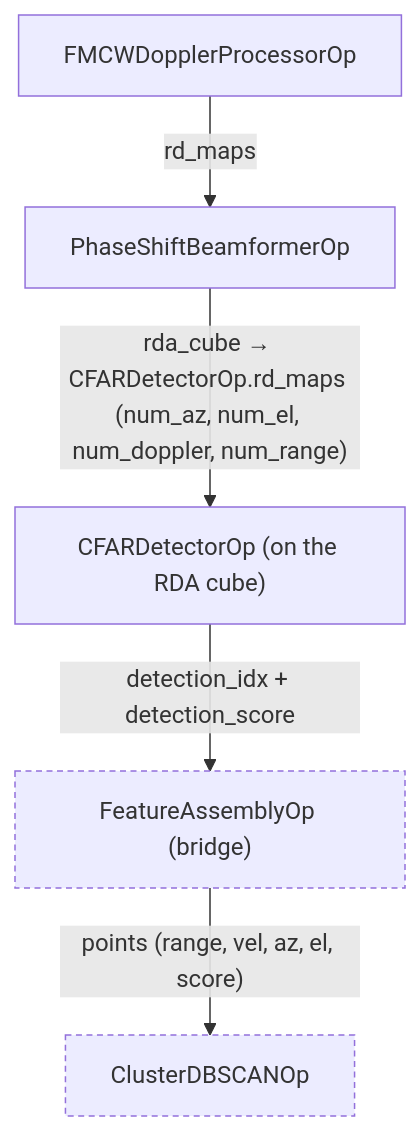
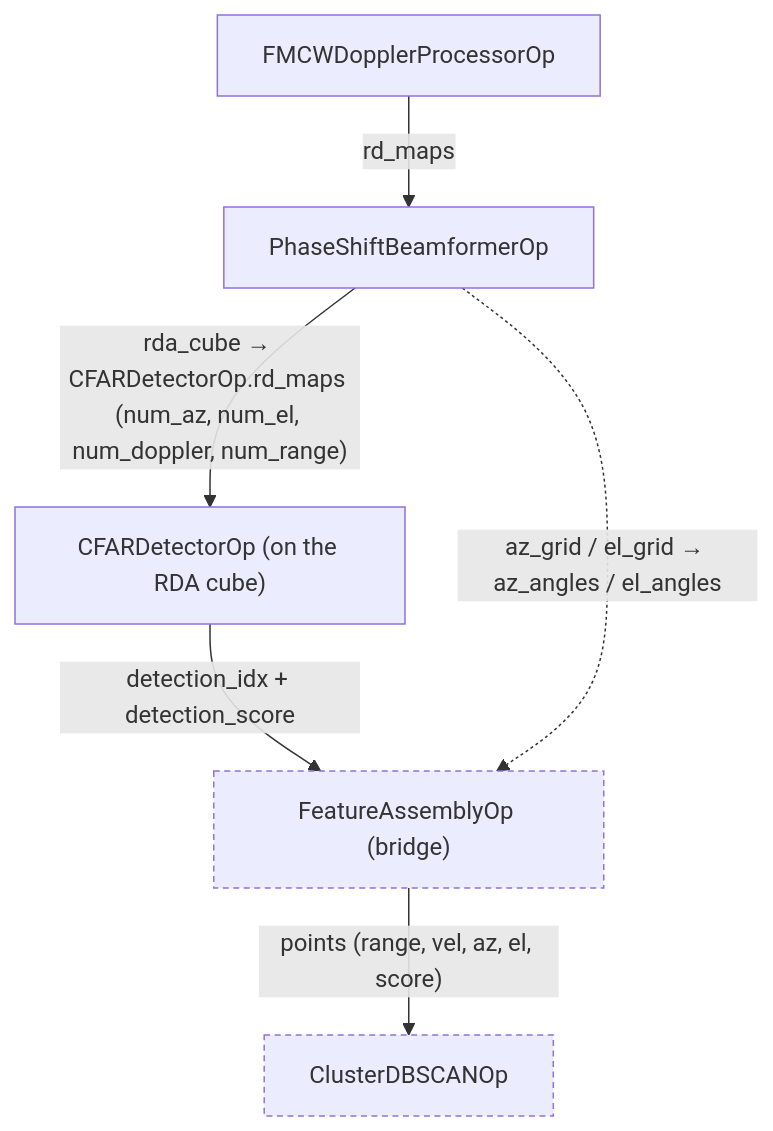
One commit to nvidia-holoscan/holoscan-radar changed the third of 9 diagrams in docs/planning/WORKFLOWS.md. Above: the diagram before and after it, drawn with Mermaid. The commit also changed other lines of this file and 54 other files, not shown here.

````diff
--- a/docs/planning/WORKFLOWS.md
+++ b/docs/planning/WORKFLOWS.md
@@ -149,9 +149,10 @@
 ```mermaid
 flowchart TD
   classDef opt stroke-dasharray:4 3
   DOPP["FMCWDopplerProcessorOp"] -->|"rd_maps"| BEAM["PhaseShiftBeamformerOp"]
   BEAM -->|"rda_cube → CFARDetectorOp.rd_maps (num_az, num_el, num_doppler, num_range)"| CFAR["CFARDetectorOp (on the RDA cube)"]
   CFAR -->|"detection_idx + detection_score"| FEAT["FeatureAssemblyOp (bridge)"]
+  BEAM -.->|"az_grid / el_grid → az_angles / el_angles"| FEAT
   FEAT -->|"points (range, vel, az, el, score)"| CLUS["ClusterDBSCANOp"]
   class FEAT,CLUS opt
 ```
````
